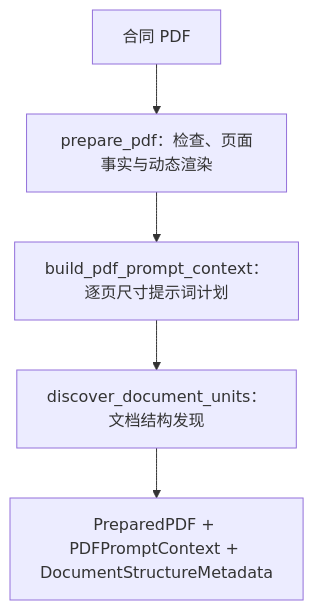
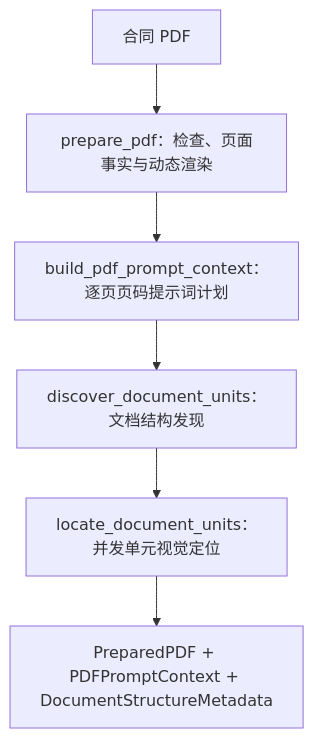
One commit to caicai-6666/contract-service-be changed the diagram in description/architecture/subgraph/pdf-preprocessing.md. Above: the diagram before and after it, drawn with Mermaid. The commit also changed other lines of this file and 71 other files, not shown here.

````diff
--- a/description/architecture/subgraph/pdf-preprocessing.md
+++ b/description/architecture/subgraph/pdf-preprocessing.md
@@ -11,10 +13,11 @@
 ```mermaid
 flowchart TD
     input["合同 PDF"]
     prepare["prepare_pdf：检查、页面事实与动态渲染"]
-    prompt["build_pdf_prompt_context：逐页尺寸提示词计划"]
+    prompt["build_pdf_prompt_context：逐页页码提示词计划"]
     discover["discover_document_units：文档结构发现"]
+    locate["locate_document_units：并发单元视觉定位"]
     output["PreparedPDF + PDFPromptContext + DocumentStructureMetadata"]
 
-    input --> prepare --> prompt --> discover --> output
+    input --> prepare --> prompt --> discover --> locate --> output
 ```
````
